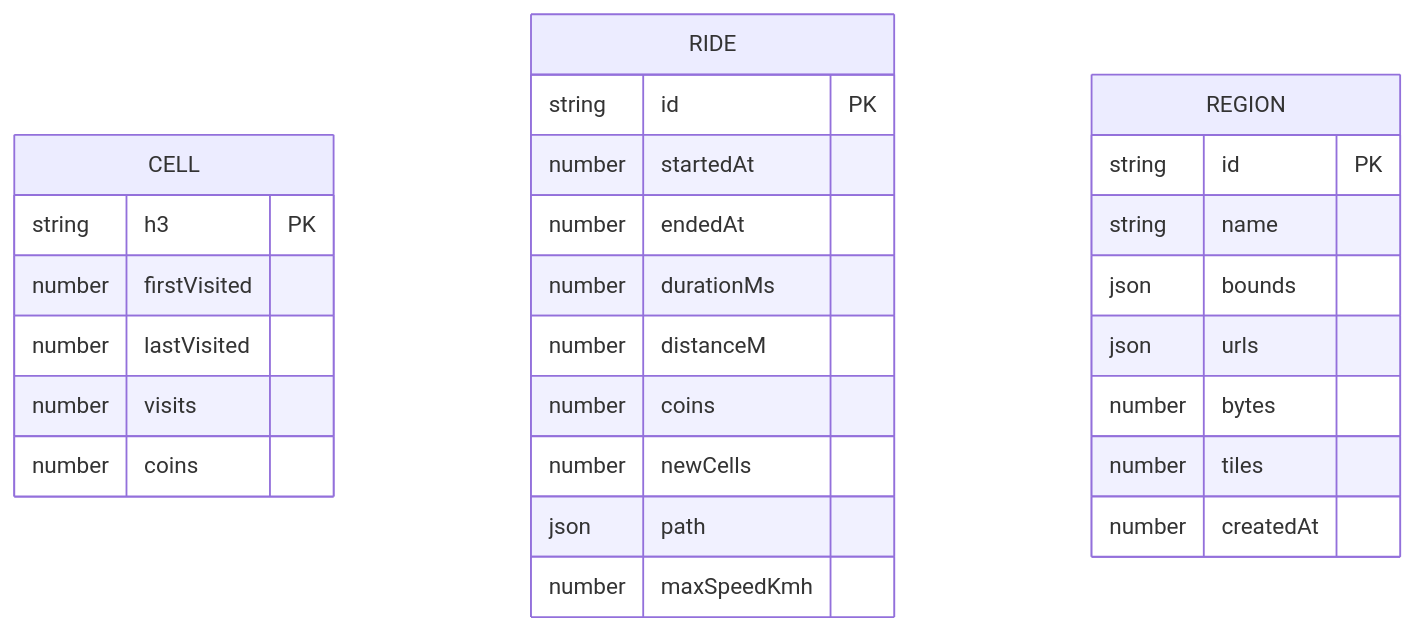
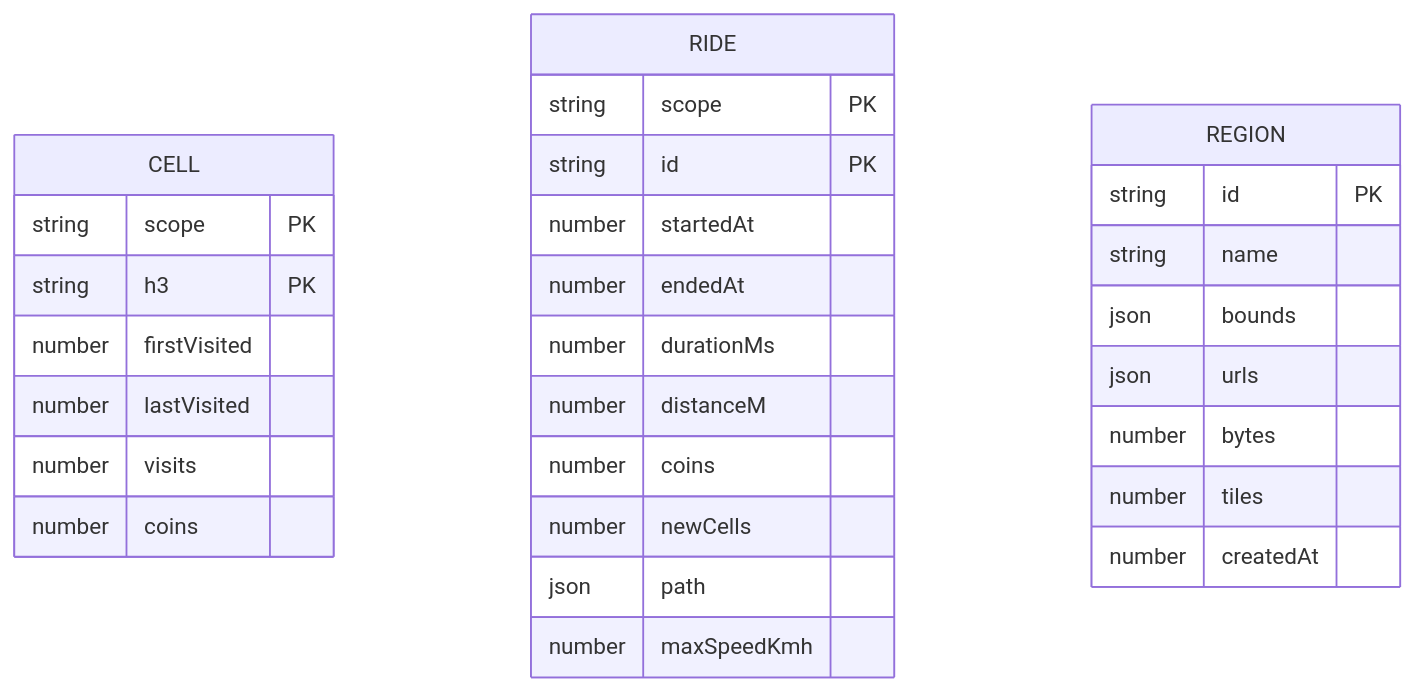
One commit to MadCowDevelopment/veloterra changed the diagram in Architecture/6-Building-Block-View/6.2-Persistence-and-Integration.md. Above: the diagram before and after it, drawn with Mermaid. The commit also changed other lines of this file and 22 other files, not shown here.

````diff
--- a/Architecture/6-Building-Block-View/6.2-Persistence-and-Integration.md
+++ b/Architecture/6-Building-Block-View/6.2-Persistence-and-Integration.md
@@ -18,30 +19,32 @@
 ```mermaid
 erDiagram
     CELL {
+        string scope PK
         string h3 PK
         number firstVisited
         number lastVisited
         number visits
         number coins
     }
     RIDE {
+        string scope PK
         string id PK
         number startedAt
         number endedAt
         number durationMs
         number distanceM
         number coins
         number newCells
         json path
         number maxSpeedKmh
     }
     REGION {
         string id PK
         string name
         json bounds
         json urls
         number bytes
         number tiles
         number createdAt
     }
 ```
````
